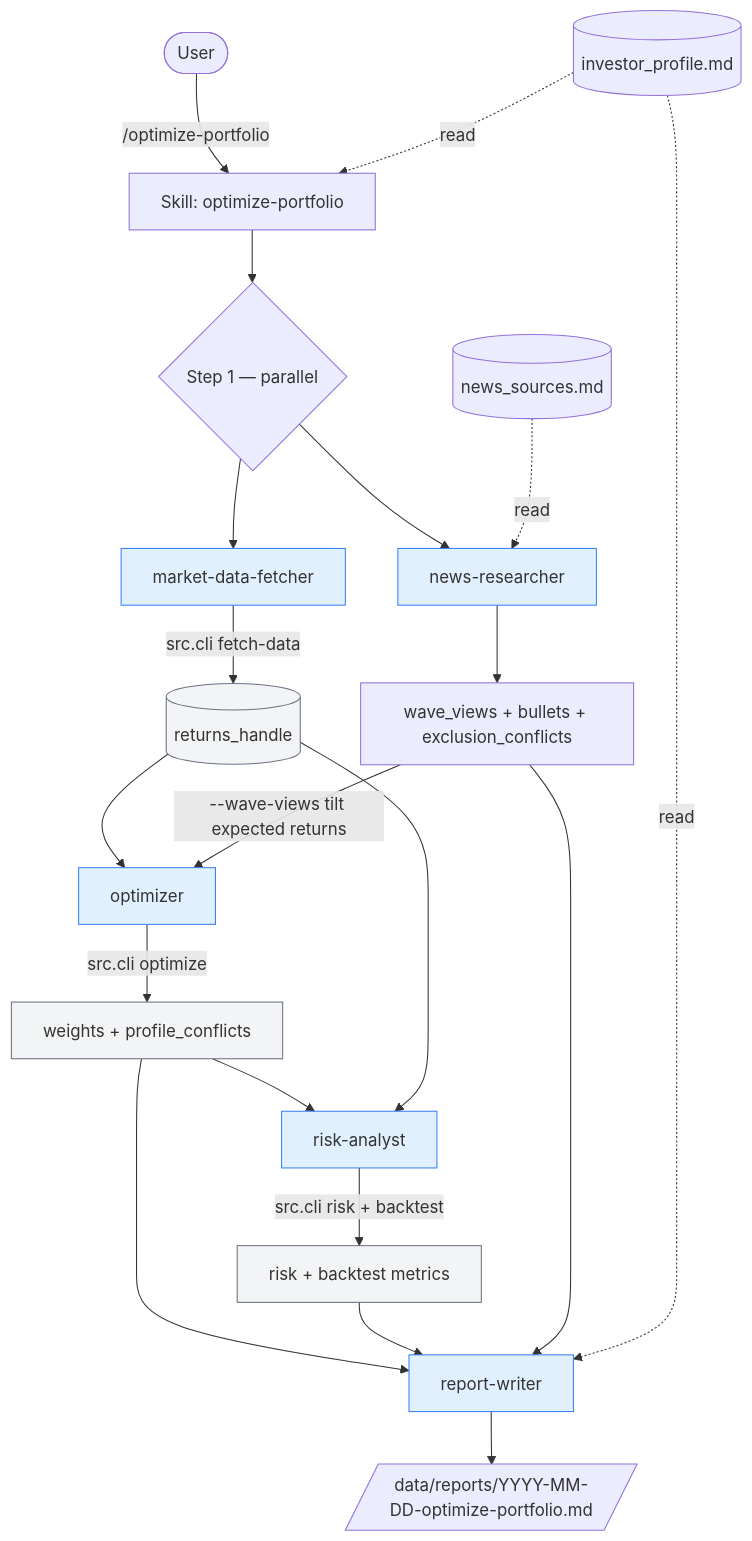
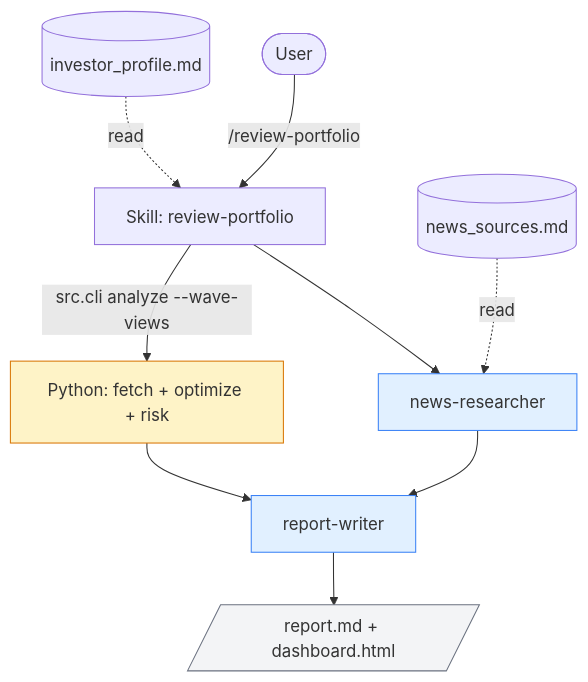
Before and after one commit to joehahn/portfolio-wave-rider: the diagram in README.md, drawn with Mermaid. The commit also changed other lines of this file and 15 other files, not shown here.

First line of the commit message:
Simplify to MVP: one skill, two subagents, four CLI subcommands, dashboard

````diff
--- a/README.md
+++ b/README.md
@@ -47,33 +42,18 @@
 ```mermaid
 flowchart TD
-    user([User]) -->|/optimize-portfolio| skill[Skill: optimize-portfolio]
+    user([User]) -->|/review-portfolio| skill[Skill: review-portfolio]
     profile[(investor_profile.md)] -.read.-> skill
-
-    skill --> par{Step 1 — parallel}
-    par --> fetcher[market-data-fetcher]
-    par --> news[news-researcher]
-
-    fetcher -->|src.cli fetch-data| handle[(returns_handle)]
+    skill --> news[news-researcher]
     sources[(news_sources.md)] -.read.-> news
-    news --> waveviews[wave_views + bullets + exclusion_conflicts]
-
-    handle --> optimizer[optimizer]
-    waveviews -->|--wave-views tilt expected returns| optimizer
-    optimizer -->|src.cli optimize| weights[weights + profile_conflicts]
-
-    weights --> risk[risk-analyst]
-    handle --> risk
-    risk -->|src.cli risk + backtest| metrics[risk + backtest metrics]
-
-    weights --> writer[report-writer]
-    metrics --> writer
-    waveviews --> writer
-    profile -.read.-> writer
-    writer --> report[/data/reports/YYYY-MM-DD-optimize-portfolio.md/]
+    skill -->|src.cli analyze --wave-views| analyze[Python: fetch + optimize + risk]
+    news --> writer[report-writer]
+    analyze --> writer
+    writer --> out[/report.md + dashboard.html/]
 
     classDef agent fill:#e1f0ff,stroke:#3b82f6
     classDef cli fill:#fef3c7,stroke:#d97706
     classDef file fill:#f3f4f6,stroke:#6b7280
-    class fetcher,news,optimizer,risk,writer agent
-    class handle,weights,metrics file
+    class news,writer agent
+    class analyze cli
+    class out file
 ```
````
